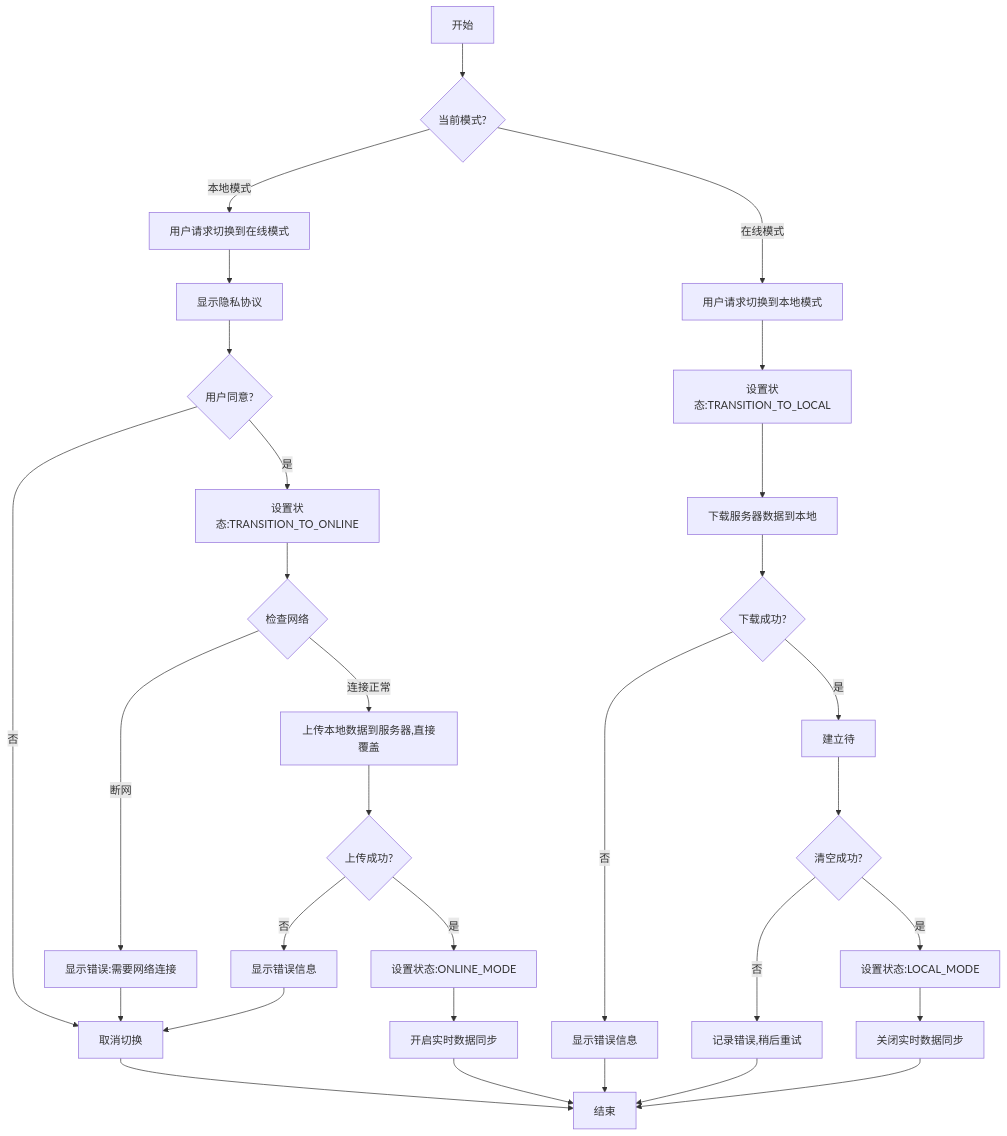
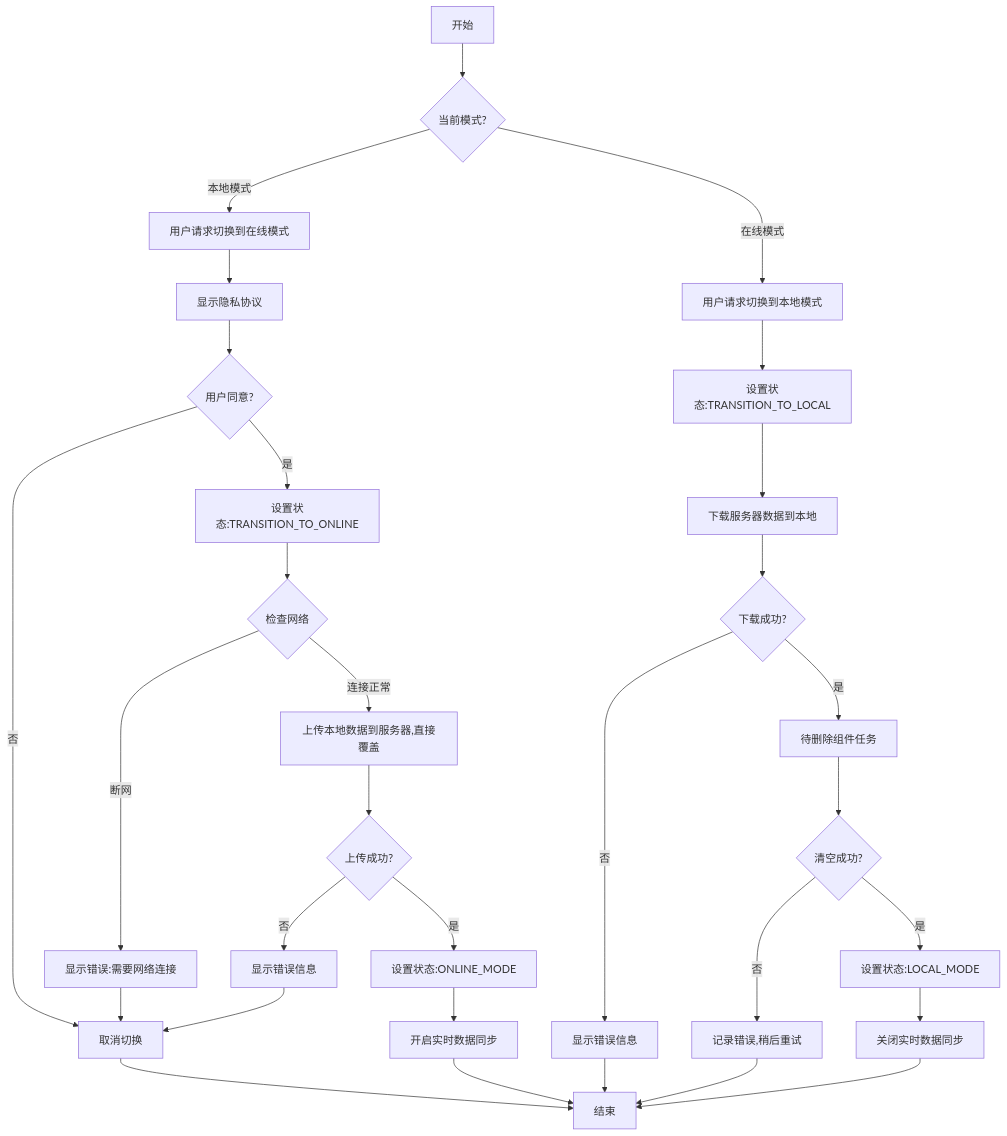
The diagram in all/未命名-50.md (yingjianzh/iodraw-files), drawn with Mermaid before and after one commit.

Commit message:
2025-05-08 16:13:15 update

````diff
--- a/all/未命名-50.md
+++ b/all/未命名-50.md
@@ -1,37 +1,37 @@
 ```mermaid
 
 flowchart TD
     A[开始] --> B{当前模式?}
     
     B -->|本地模式| C[用户请求切换到在线模式]
     C --> F[显示隐私协议]
     F --> G{用户同意?}
     G -->|否| H[取消切换]
     H --> Z[结束]
     G -->|是| I[设置状态:TRANSITION_TO_ONLINE]
     I --> J{检查网络}
     J -->|断网| K[显示错误:需要网络连接]
     K --> H
     J -->|连接正常| O[上传本地数据到服务器,直接覆盖]
     O --> P{上传成功?}
     P -->|否| Q[显示错误信息]
     Q --> H
     P -->|是| R[设置状态:ONLINE_MODE]
     R --> S[开启实时数据同步]
     S --> Z
     
     B -->|在线模式| T[用户请求切换到本地模式]
     T --> U[设置状态:TRANSITION_TO_LOCAL]
     U --> X[下载服务器数据到本地]
     X --> Y{下载成功?}
     Y -->|否| AA2[显示错误信息]
     AA2 --> Z
-    Y -->|是| AB2[建立待]
+    Y -->|是| AB2[待删除组件任务]
     AB2 --> AC2{清空成功?}
     AC2 -->|否| AD2[记录错误,稍后重试]
     AD2 --> Z
     AC2 -->|是| AE[设置状态:LOCAL_MODE]
     AE --> AF[关闭实时数据同步]
     AF --> Z
 
 ```
````
